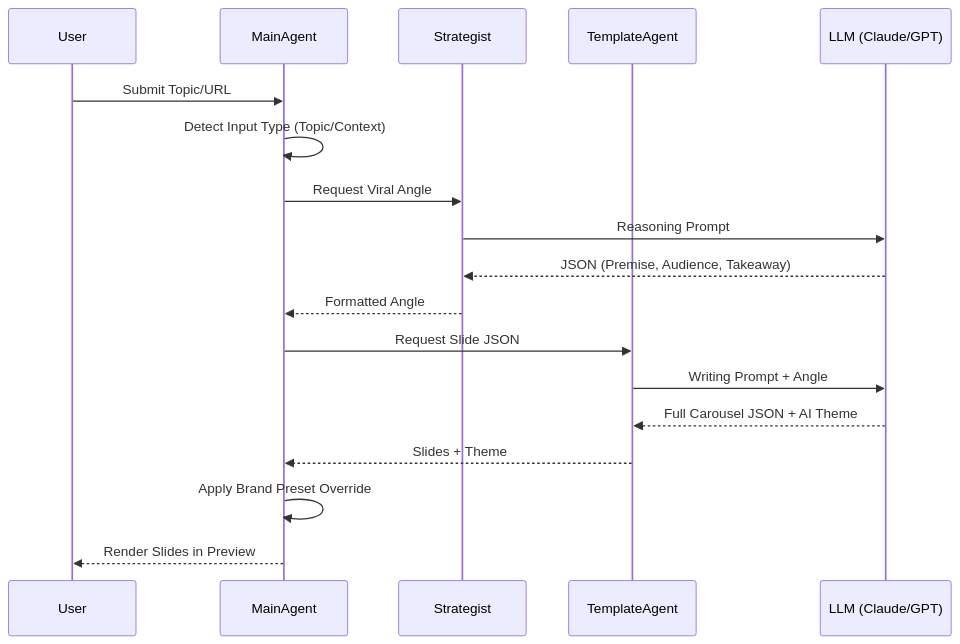
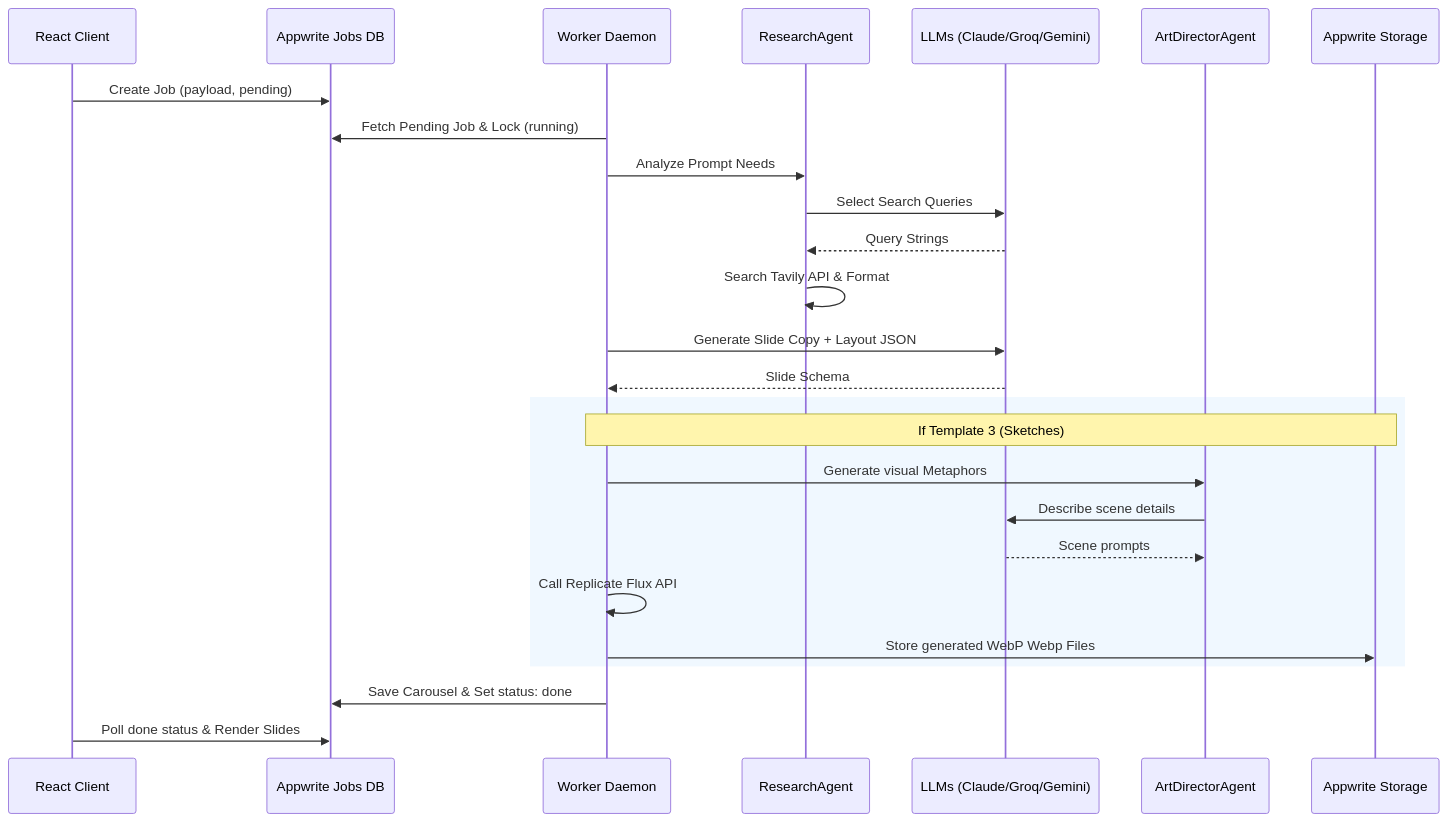
One commit to ali050786/agentic-car changed the second of 2 diagrams in LOGIC.md. Above: the diagram before and after it, drawn with Mermaid. The commit also changed other lines of this file and 22 other files, not shown here.

````diff
--- a/LOGIC.md
+++ b/LOGIC.md
@@ -66,21 +76,33 @@
 ```mermaid
 sequenceDiagram
-    participant U as User
-    participant M as MainAgent
-    participant S as Strategist
-    participant T as TemplateAgent
-    participant L as LLM (Claude/GPT)
+    participant U as React Client
+    participant J as Appwrite Jobs DB
+    participant W as Worker Daemon
+    participant R as ResearchAgent
+    participant L as LLMs (Claude/Groq/Gemini)
+    participant A as ArtDirectorAgent
+    participant S as Appwrite Storage
 
-    U->>M: Submit Topic/URL
-    M->>M: Detect Input Type (Topic/Context)
-    M->>S: Request Viral Angle
-    S->>L: Reasoning Prompt
-    L-->>S: JSON (Premise, Audience, Takeaway)
-    S-->>M: Formatted Angle
-    M->>T: Request Slide JSON
-    T->>L: Writing Prompt + Angle
-    L-->>T: Full Carousel JSON + AI Theme
-    T-->>M: Slides + Theme
-    M->>M: Apply Brand Preset Override
-    M-->>U: Render Slides in Preview
+    U->>J: Create Job (payload, pending)
+    W->>J: Fetch Pending Job & Lock (running)
+    
+    W->>R: Analyze Prompt Needs
+    R->>L: Select Search Queries
+    L-->>R: Query Strings
+    R->>R: Search Tavily API & Format
+    
+    W->>L: Generate Slide Copy + Layout JSON
+    L-->>W: Slide Schema
+    
+    rect rgb(240, 248, 255)
+        Note over W,S: If Template 3 (Sketches)
+        W->>A: Generate visual Metaphors
+        A->>L: Describe scene details
+        L-->>A: Scene prompts
+        W->>W: Call Replicate Flux API
+        W->>S: Store generated WebP Webp Files
+    end
+
+    W->>J: Save Carousel & Set status: done
+    U->>J: Poll done status & Render Slides
 ```
````
